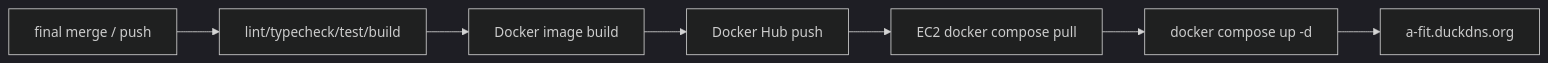
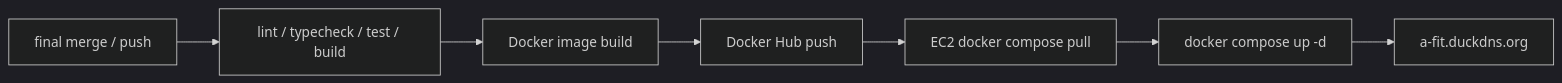
Before and after one commit to ldy-99/SKN29-3rd-3team: the fourth of 4 diagrams in README.md, drawn with Mermaid (dark theme). The commit also changed other lines of this file and 7 other files, not shown here.

````diff
--- a/README.md
+++ b/README.md
@@ -200,9 +217,9 @@
 ```mermaid
 flowchart LR
-    Code["final merge / push"] --> Test["lint/typecheck/test/build"]
+    Code["final merge / push"] --> Test["lint / typecheck / test / build"]
     Test --> Build["Docker image build"]
     Build --> Hub["Docker Hub push"]
     Hub --> EC2["EC2 docker compose pull"]
     EC2 --> Up["docker compose up -d"]
     Up --> URL["a-fit.duckdns.org"]
 ```
````
